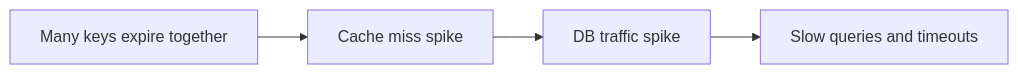
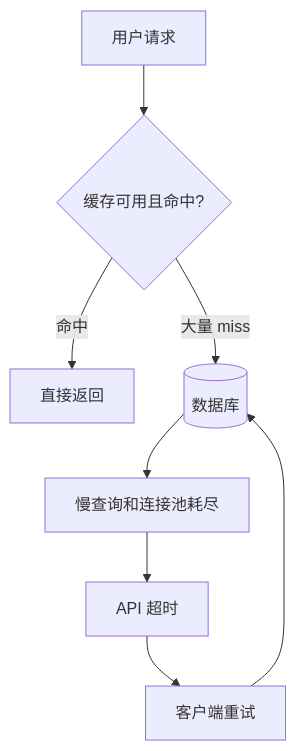
The first of 3 diagrams in docs/cache/cache-avalanche.md (AmazingCaddy/readings-backend), drawn with Mermaid before and after one commit. The commit also changed other lines of this file, not shown here.

Commit message:
docs: expand cache avalanche guide

````diff
--- a/docs/cache/cache-avalanche.md
+++ b/docs/cache/cache-avalanche.md
@@ -9,6 +12,10 @@
 ```mermaid
-flowchart LR
-    A[Many keys expire together] --> B[Cache miss spike]
-    B --> C[DB traffic spike]
-    C --> D[Slow queries and timeouts]
+flowchart TD
+    U[用户请求] --> C{缓存可用且命中?}
+    C -->|命中| R[直接返回]
+    C -->|大量 miss| D[(数据库)]
+    D --> S[慢查询和连接池耗尽]
+    S --> T[API 超时]
+    T --> RE[客户端重试]
+    RE --> D
 ```
````
